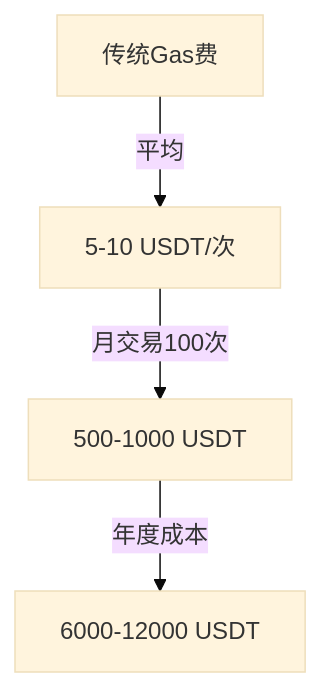
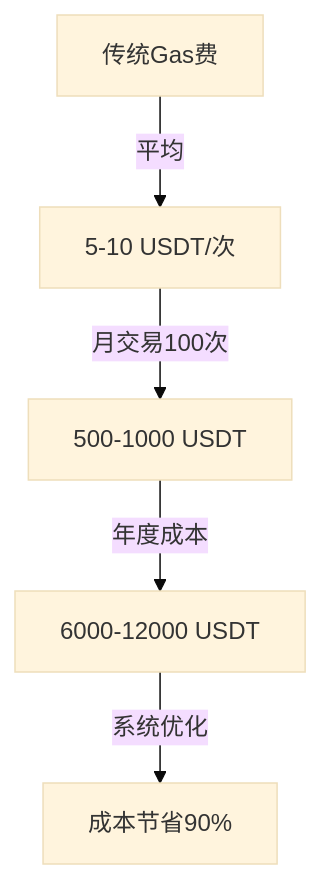
The tenth of 20 diagrams in docs/roi-analysis.md (MEMEFANS/memefans), drawn with Mermaid (base theme) before and after one commit. The commit also changed other lines of this file and 21 other files, not shown here.

Commit message:
docs: update market strategy and technical details with comprehensive diagrams

````diff
--- a/docs/roi-analysis.md
+++ b/docs/roi-analysis.md
@@ -71,6 +140,7 @@
 ```mermaid
 graph TD
     A[传统Gas费] -->|平均| B[5-10 USDT/次]
     B -->|月交易100次| C[500-1000 USDT]
     C -->|年度成本| D[6000-12000 USDT]
+    D -->|系统优化| E[成本节省90%]
 ```
````
